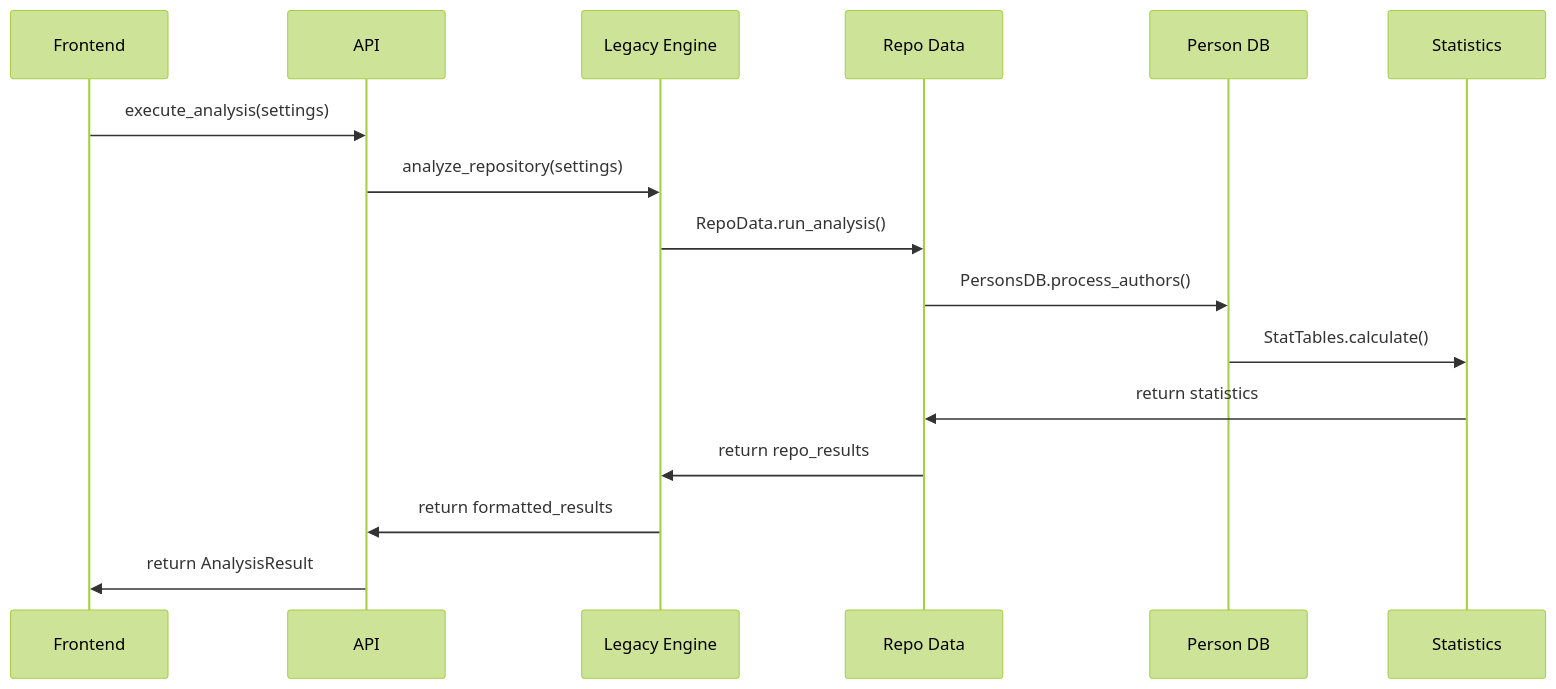
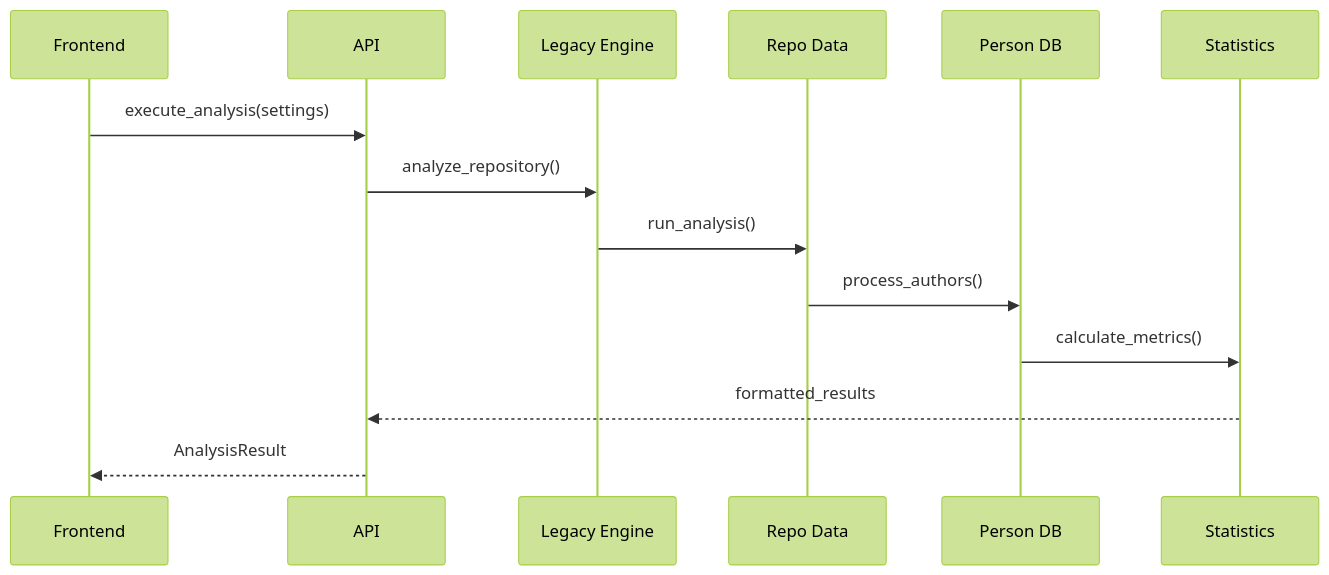
Before and after one commit to boost-edu-tools/gitinspectorgui: the second of 2 diagrams in docs/architecture/legacy-integration.md, drawn with Mermaid (forest theme). The commit also changed other lines of this file and 11 other files, not shown here.

````diff
--- a/docs/architecture/legacy-integration.md
+++ b/docs/architecture/legacy-integration.md
@@ -144,19 +49,10 @@
 ```mermaid
 sequenceDiagram
-    participant F as Frontend
-    participant A as API
-    participant L as Legacy Engine
-    participant R as Repo Data
-    participant P as Person DB
-    participant S as Statistics
-
-    F->>A: execute_analysis(settings)
-    A->>L: analyze_repository(settings)
-    L->>R: RepoData.run_analysis()
-    R->>P: PersonsDB.process_authors()
-    P->>S: StatTables.calculate()
-    S->>R: return statistics
-    R->>L: return repo_results
-    L->>A: return formatted_results
-    A->>F: return AnalysisResult
+    Frontend->>API: execute_analysis(settings)
+    API->>Legacy Engine: analyze_repository()
+    Legacy Engine->>Repo Data: run_analysis()
+    Repo Data->>Person DB: process_authors()
+    Person DB->>Statistics: calculate_metrics()
+    Statistics-->>API: formatted_results
+    API-->>Frontend: AnalysisResult
 ```
````
